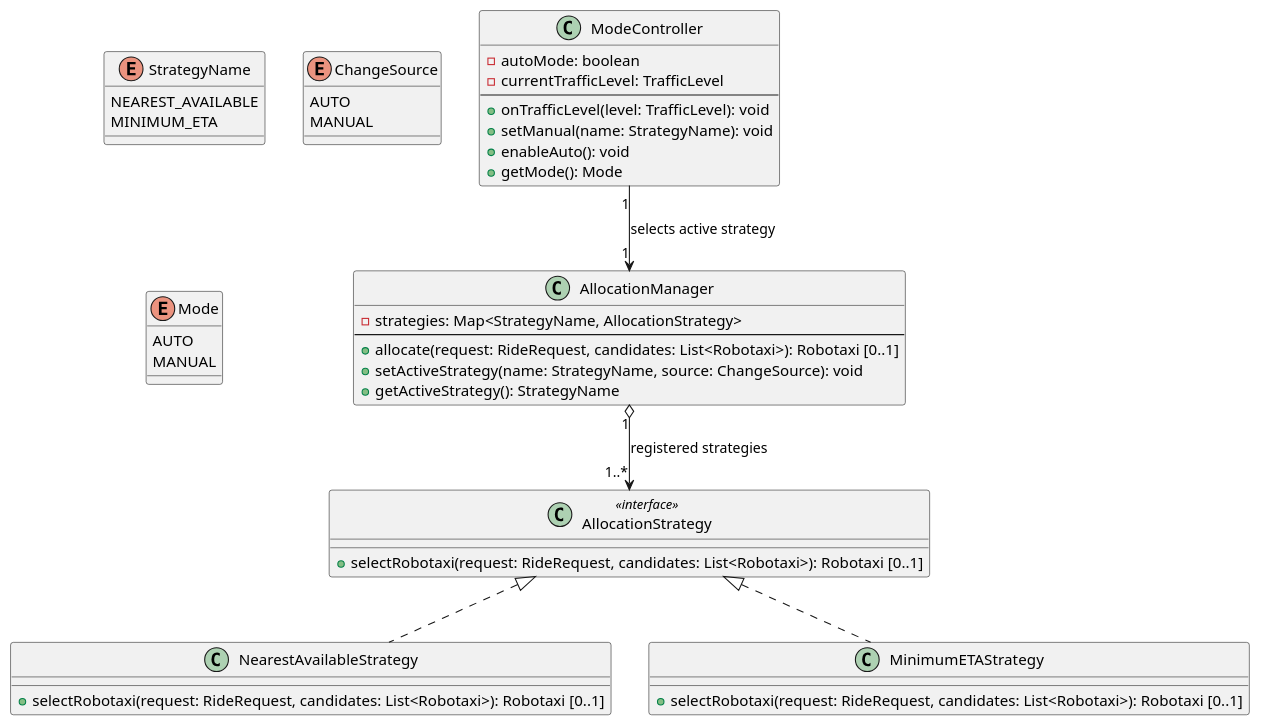
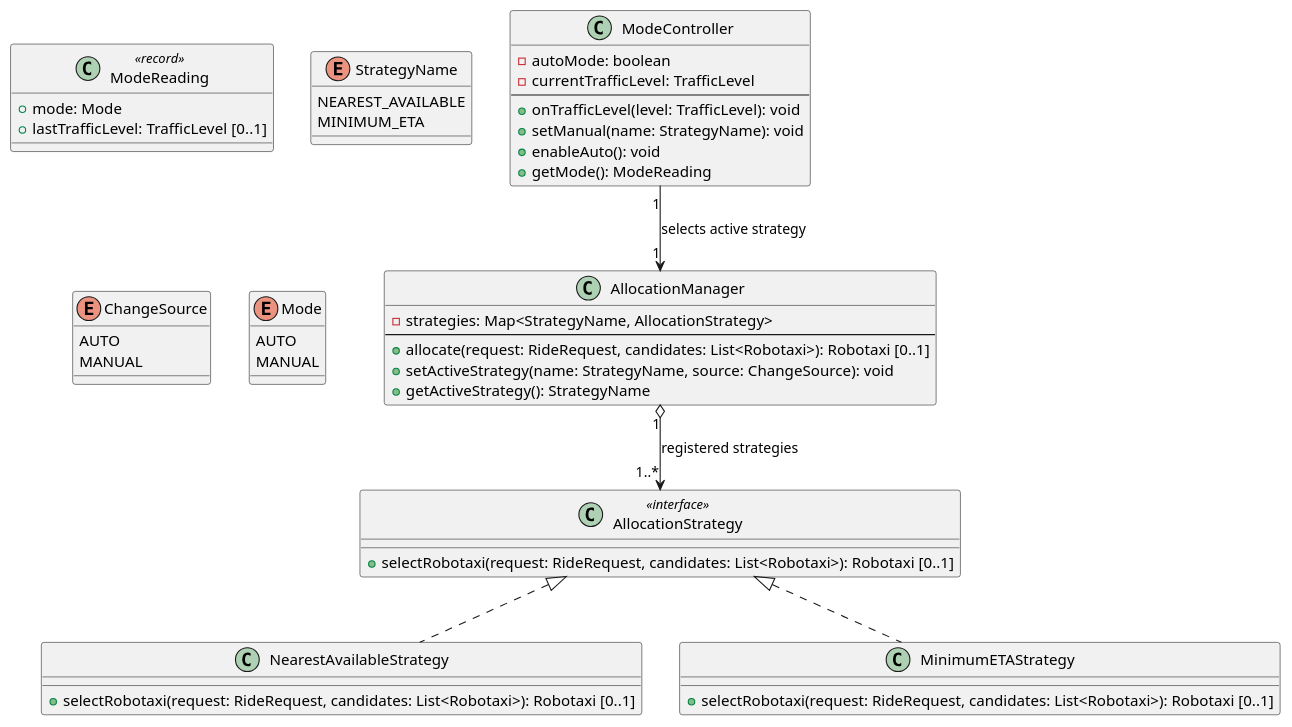
Before and after one commit to meggie-0/SE4A_ROAd_MargheritaBertipaglia_DavidCazzaniga_PasqualeIgnarra_Project: the second of 10 diagrams in Implementation/docs/DD.md, drawn with PlantUML. The commit also changed other lines of this file and 15 other files, not shown here.

````diff
--- a/Implementation/docs/DD.md
+++ b/Implementation/docs/DD.md
@@ -527,52 +535,59 @@
 ```plantuml
 class AllocationStrategy <<interface>> {
     + selectRobotaxi(request: RideRequest, candidates: List<Robotaxi>): Robotaxi [0..1]
 }
 
 class NearestAvailableStrategy {
     + selectRobotaxi(request: RideRequest, candidates: List<Robotaxi>): Robotaxi [0..1]
 }
 
 class MinimumETAStrategy {
     + selectRobotaxi(request: RideRequest, candidates: List<Robotaxi>): Robotaxi [0..1]
 }
 
 class AllocationManager {
     - strategies: Map<StrategyName, AllocationStrategy>
     --
     + allocate(request: RideRequest, candidates: List<Robotaxi>): Robotaxi [0..1]
     + setActiveStrategy(name: StrategyName, source: ChangeSource): void
     + getActiveStrategy(): StrategyName
 }
 
 class ModeController {
     - autoMode: boolean
     - currentTrafficLevel: TrafficLevel
     --
     + onTrafficLevel(level: TrafficLevel): void
     + setManual(name: StrategyName): void
     + enableAuto(): void
-    + getMode(): Mode
+    + getMode(): ModeReading
+}
+
+' **[v1.8]** Il valore che `getMode()` restituisce: il modo e l'ultimo livello
+' noto, nullo finché nessuna osservazione è arrivata (decisione D74).
+class ModeReading <<record>> {
+    + mode: Mode
+    + lastTrafficLevel: TrafficLevel [0..1]
 }
 
 enum StrategyName {
     NEAREST_AVAILABLE
     MINIMUM_ETA
 }
 
 enum ChangeSource {
     AUTO
     MANUAL
 }
 
 enum Mode {
     AUTO
     MANUAL
 }
 
 AllocationStrategy <|.. NearestAvailableStrategy
 AllocationStrategy <|.. MinimumETAStrategy
 
 AllocationManager "1" o--> "1..*" AllocationStrategy : registered strategies
 ModeController "1" --> "1" AllocationManager : selects active strategy
 ```
````
